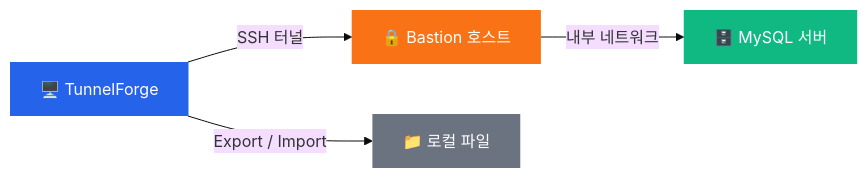
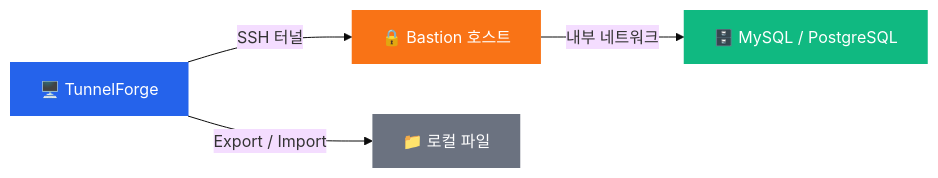
Before and after one commit to sanghyun-io/tunnelforge: the diagram in README.ko.md, drawn with Mermaid (base theme). The commit also changed other lines of this file and 1 other file, not shown here.

````diff
--- a/README.ko.md
+++ b/README.ko.md
@@ -80,11 +128,11 @@
 ```mermaid
 graph LR
     A["🖥️ TunnelForge"] -->|SSH 터널| B["🔒 Bastion 호스트"]
-    B -->|내부 네트워크| C["🗄️ MySQL 서버"]
+    B -->|내부 네트워크| C["🗄️ MySQL / PostgreSQL"]
     A -->|"Export / Import"| D["📁 로컬 파일"]
 
     style A fill:#2563EB,color:#fff,stroke:none
     style B fill:#F97316,color:#fff,stroke:none
     style C fill:#10B981,color:#fff,stroke:none
     style D fill:#6B7280,color:#fff,stroke:none
 ```
````
